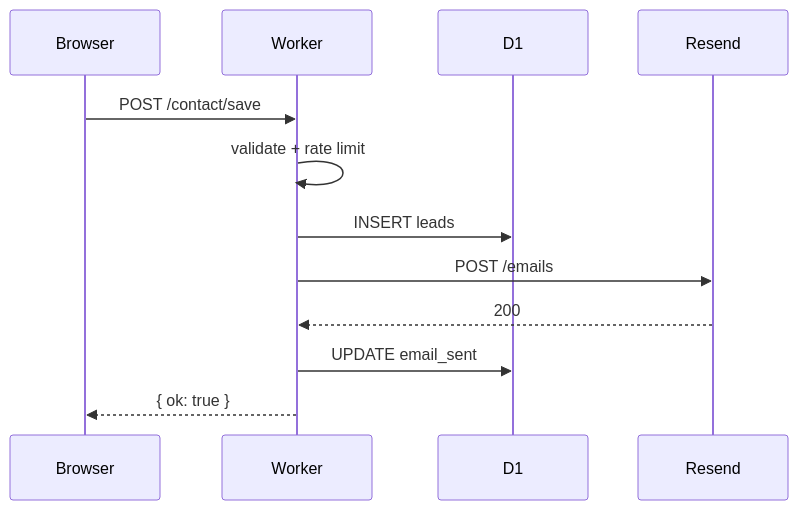
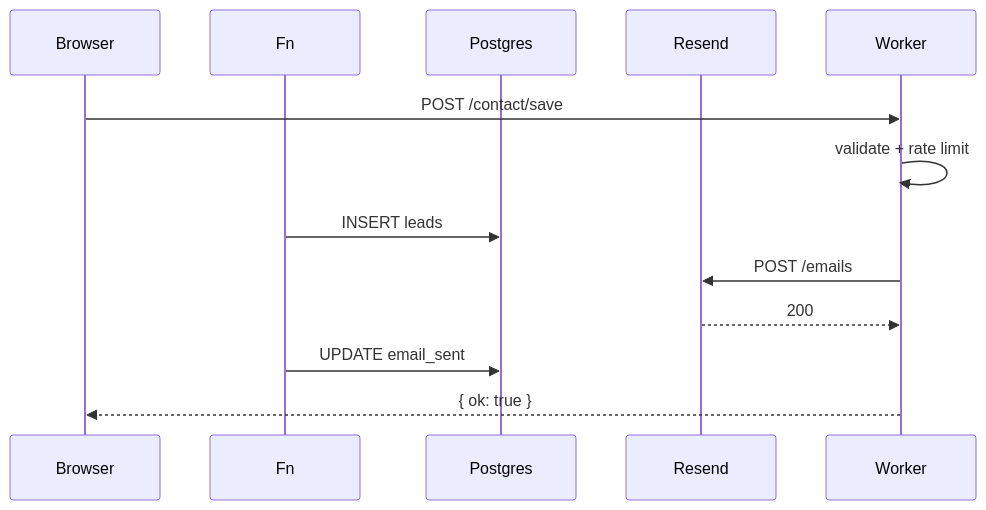
Before and after one commit to viraayaweddings/website: the diagram in docs/04-api.md, drawn with Mermaid. The commit also changed other lines of this file and 41 other files, not shown here.

````diff
--- a/docs/04-api.md
+++ b/docs/04-api.md
@@ -174,15 +174,15 @@
 ```mermaid
 sequenceDiagram
   participant Browser
-  participant Worker
-  participant D1
+  participant Fn
+  participant DB as Postgres
   participant Resend
 
   Browser->>Worker: POST /contact/save
   Worker->>Worker: validate + rate limit
-  Worker->>D1: INSERT leads
+  Fn->>DB: INSERT leads
   Worker->>Resend: POST /emails
   Resend-->>Worker: 200
-  Worker->>D1: UPDATE email_sent
+  Fn->>DB: UPDATE email_sent
   Worker-->>Browser: { ok: true }
 ```
````
